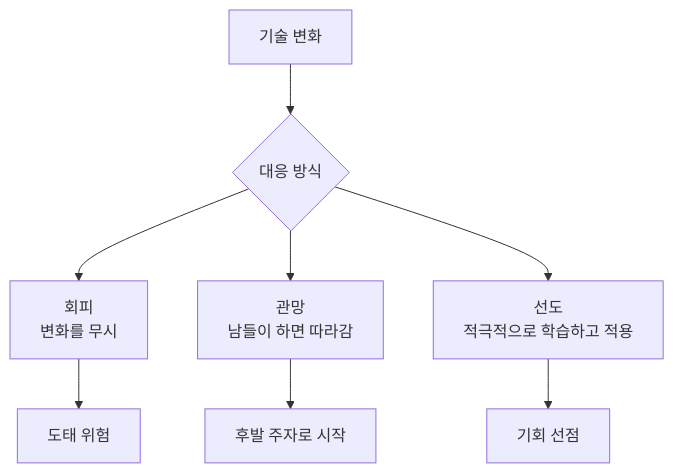
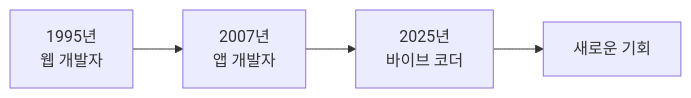
Before and after one commit to nugurejeil/weniVooks: the third of 4 diagrams in _md/essentials-vibecoding/chapter01/01-3.md, drawn with Mermaid. The commit also changed other lines of this file and 5 other files, not shown here.

````diff
--- a/_md/essentials-vibecoding/chapter01/01-3.md
+++ b/_md/essentials-vibecoding/chapter01/01-3.md
@@ -110,11 +92,6 @@
 ```mermaid
-flowchart TD
-    A["기술 변화"] --> B{"대응 방식"}
-    B --> C["회피<br/>변화를 무시"]
-    B --> D["관망<br/>남들이 하면 따라감"]
-    B --> E["선도<br/>적극적으로 학습하고 적용"]
-
-    C --> F["도태 위험"]
-    D --> G["후발 주자로 시작"]
-    E --> H["기회 선점"]
+flowchart LR
+    A["1995년<br/>웹 개발자"] --> B["2007년<br/>앱 개발자"]
+    B --> C["2025년<br/>바이브 코더"]
+    C --> D["새로운 기회"]
 ```
````
